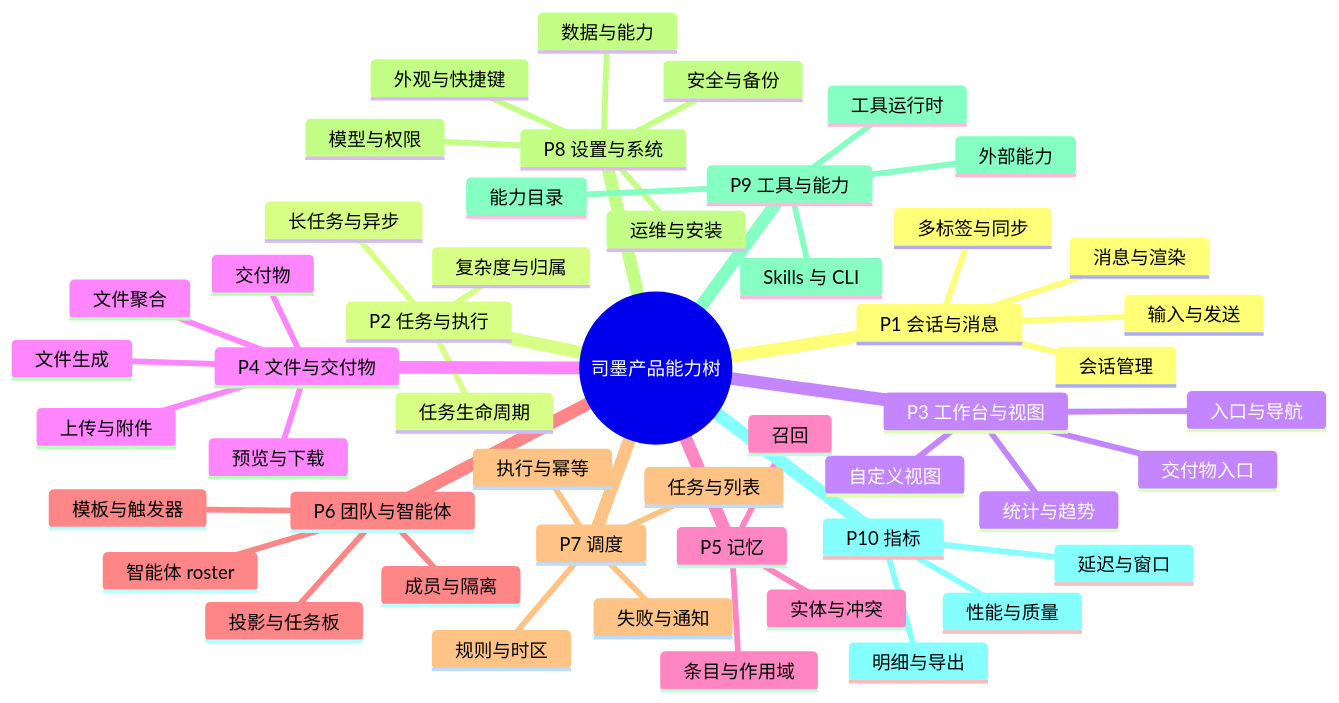
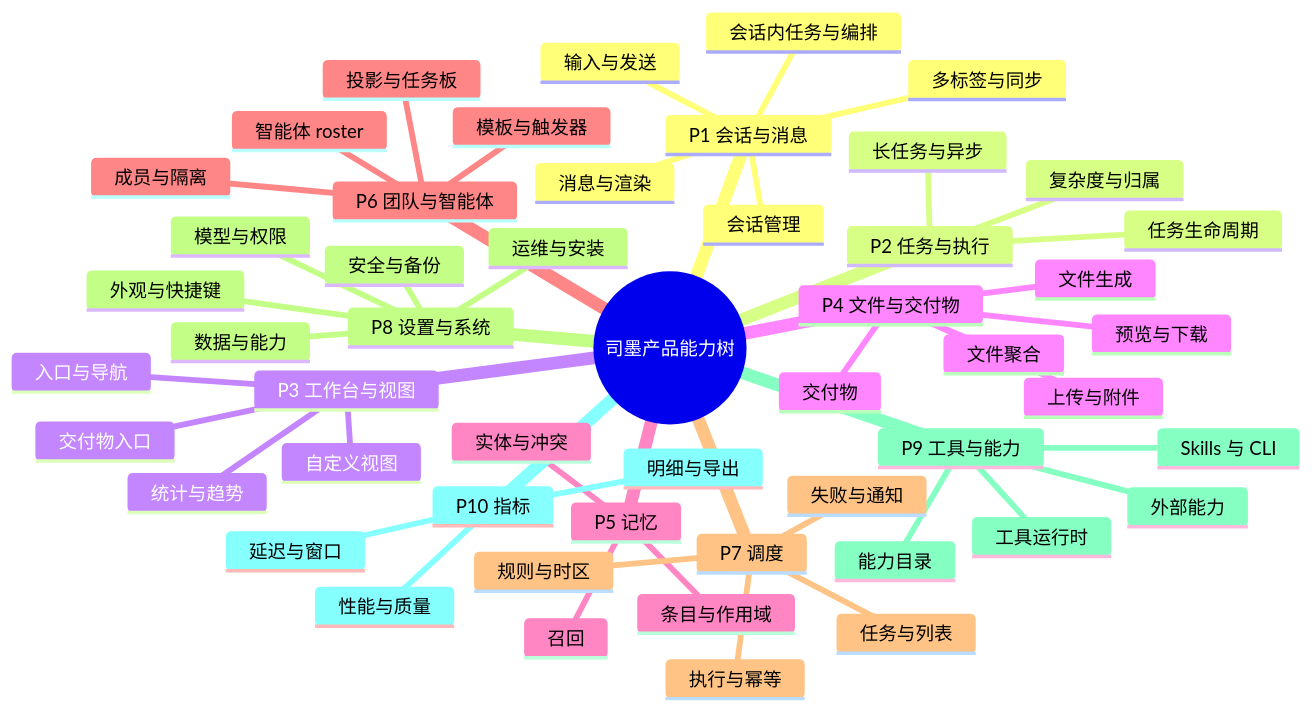
Before and after one commit to YJM1024/simo: the diagram in docs/product/TREE.md, drawn with Mermaid. The commit also changed other lines of this file and 170 other files, not shown here.

````diff
--- a/docs/product/TREE.md
+++ b/docs/product/TREE.md
@@ -11,53 +11,54 @@
 ```mermaid
 mindmap
   root((司墨产品能力树))
     P1 会话与消息
       会话管理
       消息与渲染
       输入与发送
       多标签与同步
+      会话内任务与编排
     P2 任务与执行
       任务生命周期
       长任务与异步
       复杂度与归属
     P3 工作台与视图
       入口与导航
       统计与趋势
       交付物入口
       自定义视图
     P4 文件与交付物
       文件聚合
       上传与附件
       交付物
       预览与下载
       文件生成
     P5 记忆
       条目与作用域
       实体与冲突
       召回
     P6 团队与智能体
       智能体 roster
       成员与隔离
       模板与触发器
       投影与任务板
     P7 调度
       任务与列表
       执行与幂等
       规则与时区
       失败与通知
     P8 设置与系统
       模型与权限
       外观与快捷键
       数据与能力
       安全与备份
       运维与安装
     P9 工具与能力
       工具运行时
       Skills 与 CLI
       外部能力
       能力目录
     P10 指标
       性能与质量
       延迟与窗口
       明细与导出
 ```
````
